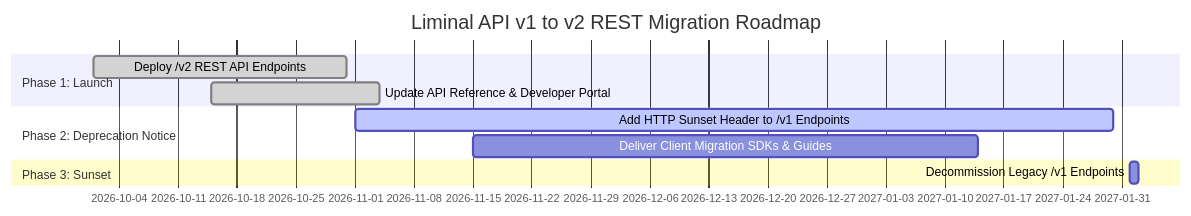
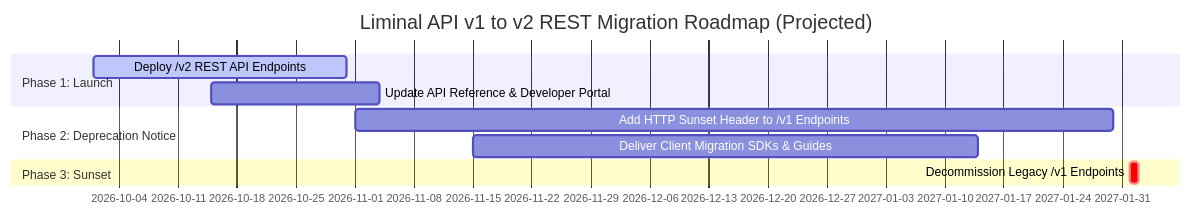
The diagram in docs/q3-rest-api-redesign.md (Rajwar88/Assign), drawn with Mermaid before and after one commit. The commit also changed other lines of this file and 3 other files, not shown here.

Commit message:
Apply critical corrections to Q3 REST API redesign (single-resource lookup, batch asset level, HTTP 400 error status, complete OpenAPI schemas)

````diff
--- a/docs/q3-rest-api-redesign.md
+++ b/docs/q3-rest-api-redesign.md
@@ -307,13 +322,13 @@
 ```mermaid
 gantt
-    title Liminal API v1 to v2 REST Migration Roadmap
+    title Liminal API v1 to v2 REST Migration Roadmap (Projected)
     dateFormat  YYYY-MM-DD
     section Phase 1: Launch
-    Deploy /v2 REST API Endpoints       :done, p1, 2026-10-01, 30d
-    Update API Reference & Developer Portal :done, p2, 2026-10-15, 20d
+    Deploy /v2 REST API Endpoints       :active, p1, 2026-10-01, 30d
+    Update API Reference & Developer Portal :p2, 2026-10-15, 20d
     section Phase 2: Deprecation Notice
-    Add HTTP Sunset Header to /v1 Endpoints :active, p3, 2026-11-01, 90d
+    Add HTTP Sunset Header to /v1 Endpoints :p3, 2026-11-01, 90d
     Deliver Client Migration SDKs & Guides :p4, 2026-11-15, 60d
     section Phase 3: Sunset
-    Decommission Legacy /v1 Endpoints :p5, 2027-02-01, 1d
+    Decommission Legacy /v1 Endpoints :crit, p5, 2027-02-01, 1d
 ```
````
